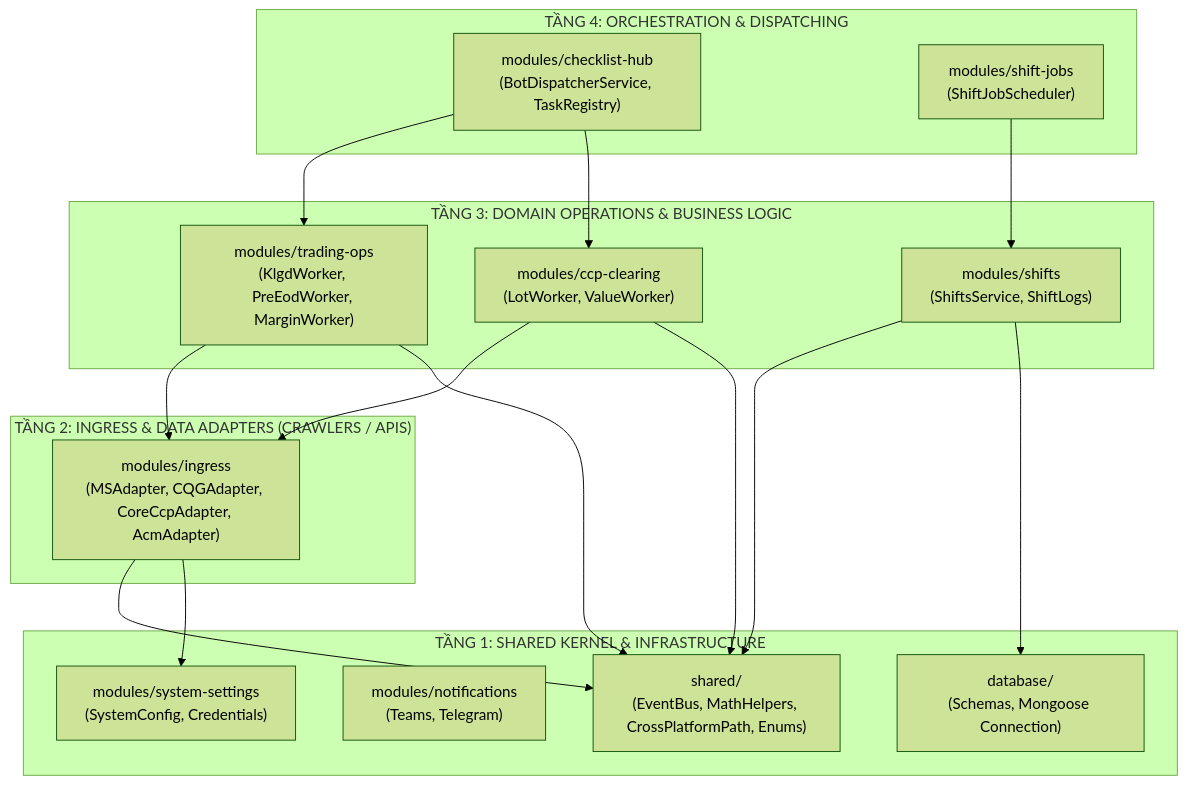
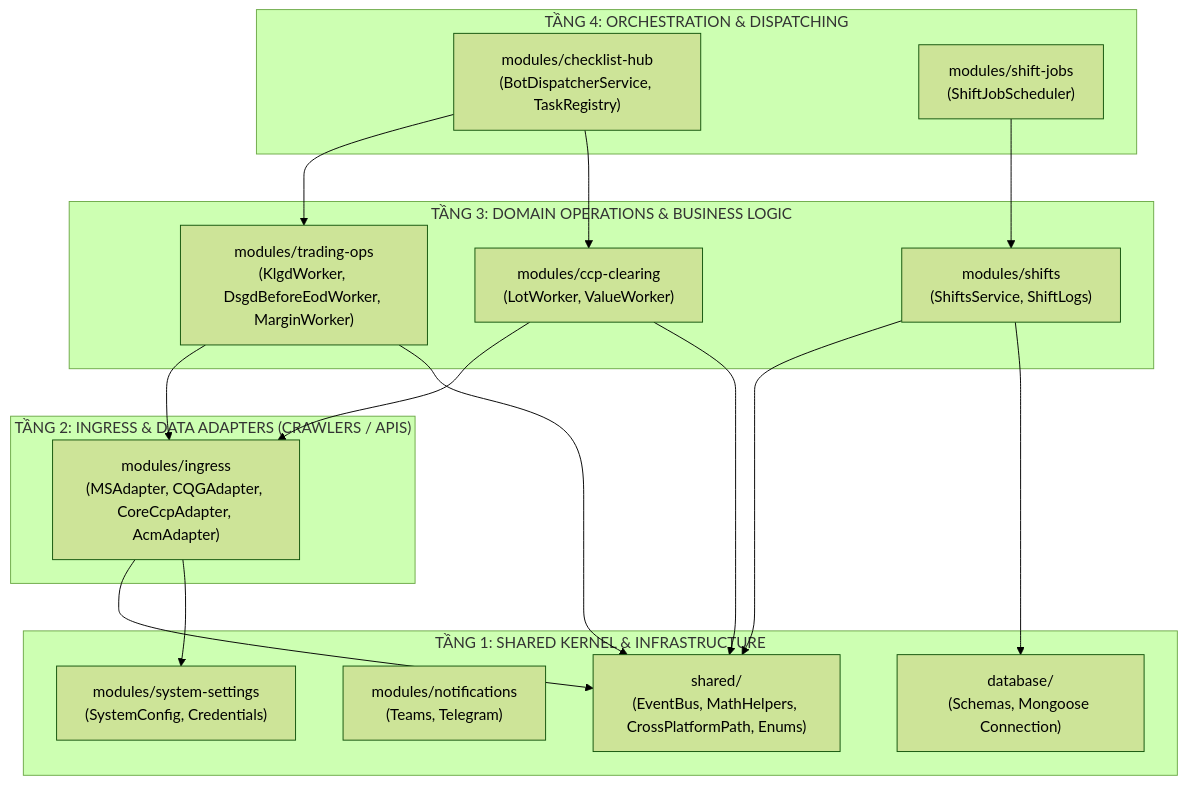
The first of 2 diagrams in docs/moi/BAN_THIET_KE_CHI_TIET_CHUAN_HOA_BACKEND_MODULAR_MONOLITH.md (broly1009a/mxv-shift-checklist), drawn with Mermaid (forest theme) before and after one commit. The commit also changed other lines of this file and 165 other files, not shown here.

````diff
--- a/docs/moi/BAN_THIET_KE_CHI_TIET_CHUAN_HOA_BACKEND_MODULAR_MONOLITH.md
+++ b/docs/moi/BAN_THIET_KE_CHI_TIET_CHUAN_HOA_BACKEND_MODULAR_MONOLITH.md
@@ -105,39 +113,39 @@
 ```mermaid
 graph TD
     subgraph Layer4_Orchestration ["TẦNG 4: ORCHESTRATION & DISPATCHING"]
         HUB["modules/checklist-hub<br/>(BotDispatcherService, TaskRegistry)"]
         JOBS["modules/shift-jobs<br/>(ShiftJobScheduler)"]
     end
 
     subgraph Layer3_DomainOps ["TẦNG 3: DOMAIN OPERATIONS & BUSINESS LOGIC"]
-        TRD_OPS["modules/trading-ops<br/>(KlgdWorker, PreEodWorker, MarginWorker)"]
+        TRD_OPS["modules/trading-ops<br/>(KlgdWorker, DsgdBeforeEodWorker, MarginWorker)"]
         CCP_CLR["modules/ccp-clearing<br/>(LotWorker, ValueWorker)"]
         SHIFTS["modules/shifts<br/>(ShiftsService, ShiftLogs)"]
     end
 
     subgraph Layer2_Ingress ["TẦNG 2: INGRESS & DATA ADAPTERS (CRAWLERS / APIS)"]
         INGRESS["modules/ingress<br/>(MSAdapter, CQGAdapter, CoreCcpAdapter, AcmAdapter)"]
     end
 
     subgraph Layer1_Shared ["TẦNG 1: SHARED KERNEL & INFRASTRUCTURE"]
         SHARED["shared/<br/>(EventBus, MathHelpers, CrossPlatformPath, Enums)"]
         NOTIF["modules/notifications<br/>(Teams, Telegram)"]
         SETTINGS["modules/system-settings<br/>(SystemConfig, Credentials)"]
         DB["database/<br/>(Schemas, Mongoose Connection)"]
     end
 
     %% Dependency flow
     HUB --> TRD_OPS
     HUB --> CCP_CLR
     JOBS --> SHIFTS
-    
+
     TRD_OPS --> INGRESS
     CCP_CLR --> INGRESS
-    
+
     INGRESS --> SHARED
     INGRESS --> SETTINGS
     TRD_OPS --> SHARED
     CCP_CLR --> SHARED
     SHIFTS --> SHARED
     SHIFTS --> DB
 ```
````
